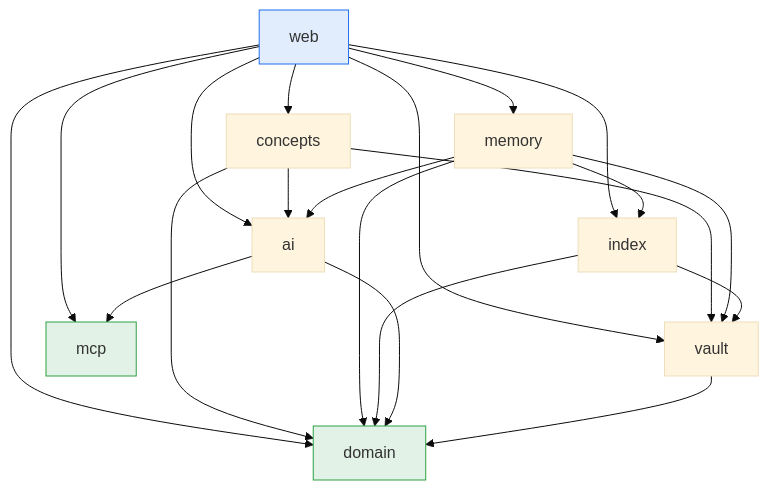
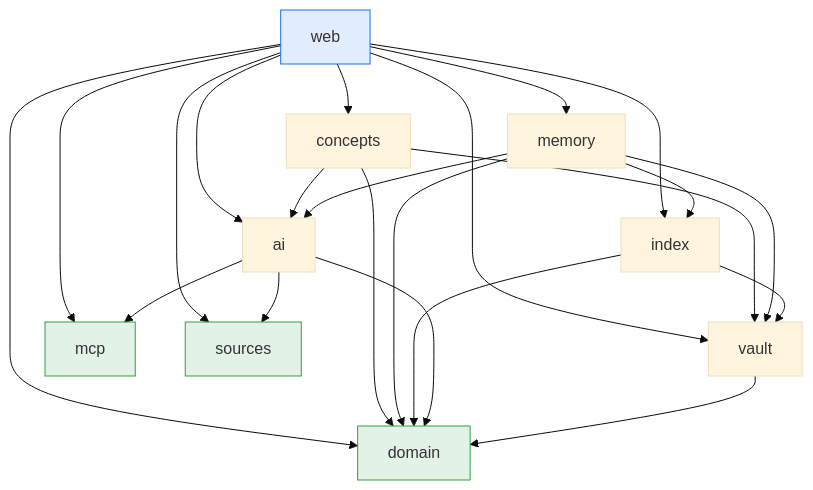
One commit to jasdian/idea-vault changed the second of 2 diagrams in docs/02-module-reference.md. Above: the diagram before and after it, drawn with Mermaid (base theme). The commit also changed other lines of this file and 1 other file, not shown here.

First line of the commit message:
docs(modules): place sources, ai::sources, import, compacted, compact and links in D5

````diff
--- a/docs/02-module-reference.md
+++ b/docs/02-module-reference.md
@@ -89,41 +95,45 @@
 ```mermaid
 flowchart TD
     web["web"]
     concepts["concepts"]
     memory["memory"]
     index["index"]
     ai["ai"]
     vault["vault"]
     domain["domain"]
     mcp["mcp"]
+    sources["sources"]
 
     web --> concepts
     web --> memory
     web --> index
     web --> ai
     web --> vault
     web --> domain
     web --> mcp
+    web --> sources
 
     concepts --> ai
     concepts --> vault
     concepts --> domain
 
     memory --> ai
     memory --> vault
     memory --> index
     memory --> domain
 
     index --> vault
     index --> domain
 
     ai --> domain
     ai --> mcp
+    ai --> sources
     vault --> domain
 
     classDef top fill:#1f6feb22,stroke:#1f6feb;
     classDef base fill:#2ea04322,stroke:#2ea043;
     class web top;
     class domain base;
     class mcp base;
+    class sources base;
 ```
````
